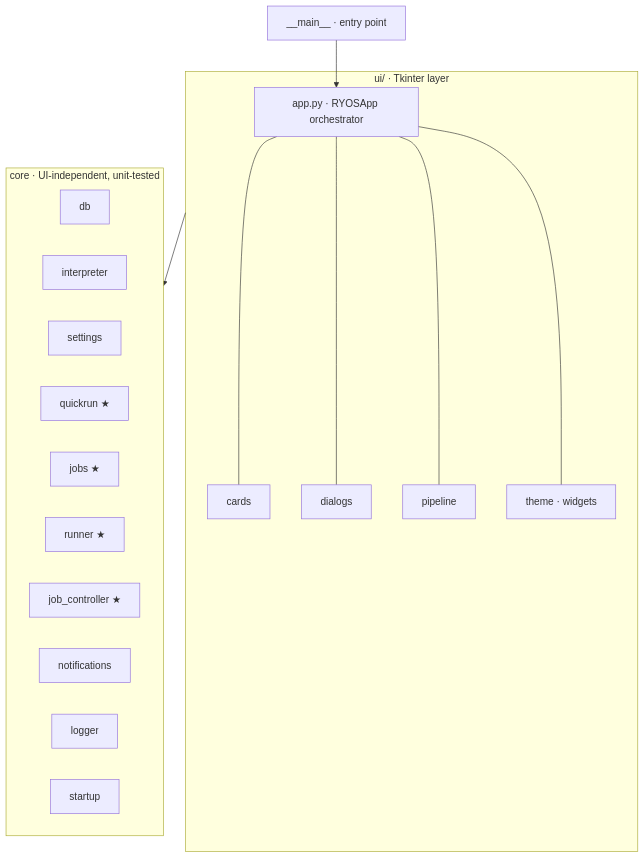
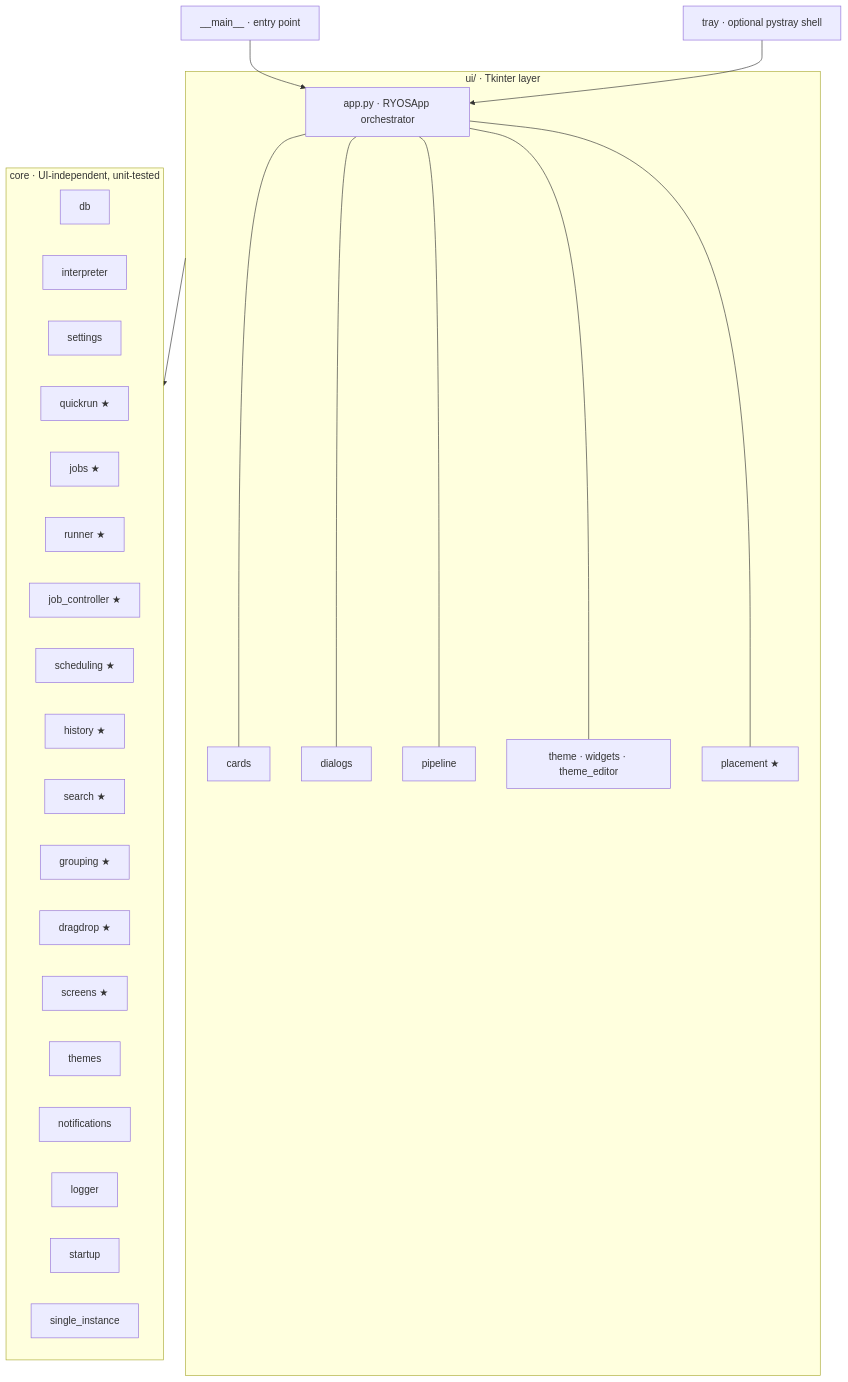
One commit to lqvu-zen/RYOS changed the diagram in docs/ARCHITECTURE.md. Above: the diagram before and after it, drawn with Mermaid. The commit also changed other lines of this file and 3 other files, not shown here.

````diff
--- a/docs/ARCHITECTURE.md
+++ b/docs/ARCHITECTURE.md
@@ -8,31 +8,43 @@
 ```mermaid
 flowchart TD
     main["__main__ · entry point"] --> app
 
     subgraph ui["ui/ · Tkinter layer"]
         app["app.py · RYOSApp orchestrator"]
         cards["cards"]
         dialogs["dialogs"]
         pipeline["pipeline"]
-        theme["theme · widgets"]
+        theme["theme · widgets · theme_editor"]
+        placement["placement ★"]
         app --- cards
         app --- dialogs
         app --- pipeline
         app --- theme
+        app --- placement
     end
 
     subgraph core["core · UI-independent, unit-tested"]
         db["db"]
         interpreter["interpreter"]
         settings["settings"]
         quickrun["quickrun ★"]
         jobs["jobs ★"]
         runner["runner ★"]
         job_controller["job_controller ★"]
+        scheduling["scheduling ★"]
+        history["history ★"]
+        search["search ★"]
+        grouping["grouping ★"]
+        dragdrop["dragdrop ★"]
+        screens["screens ★"]
+        themes["themes"]
         notifications["notifications"]
         logger["logger"]
         startup["startup"]
+        single_instance["single_instance"]
     end
+
+    tray["tray · optional pystray shell"] --> app
 
     ui --> core
 ```
````
